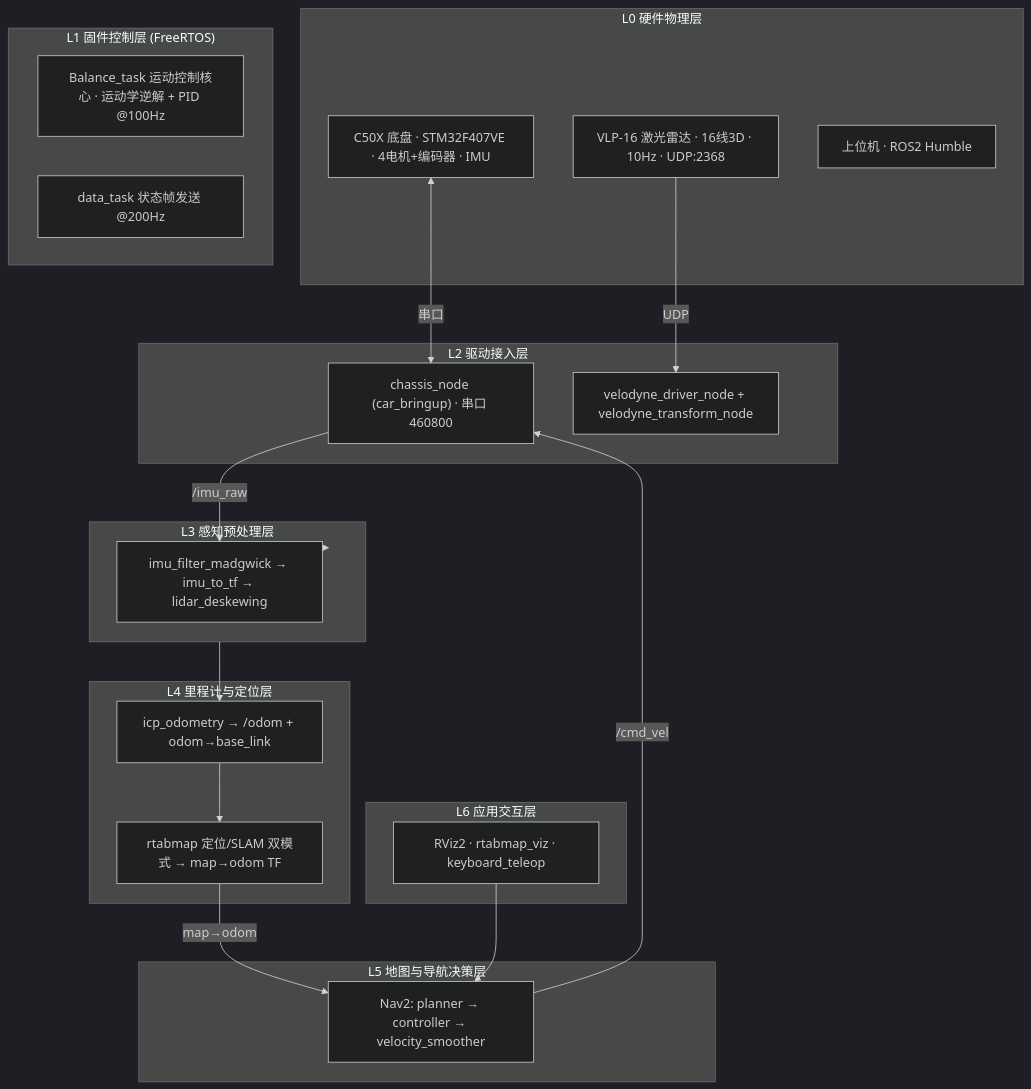
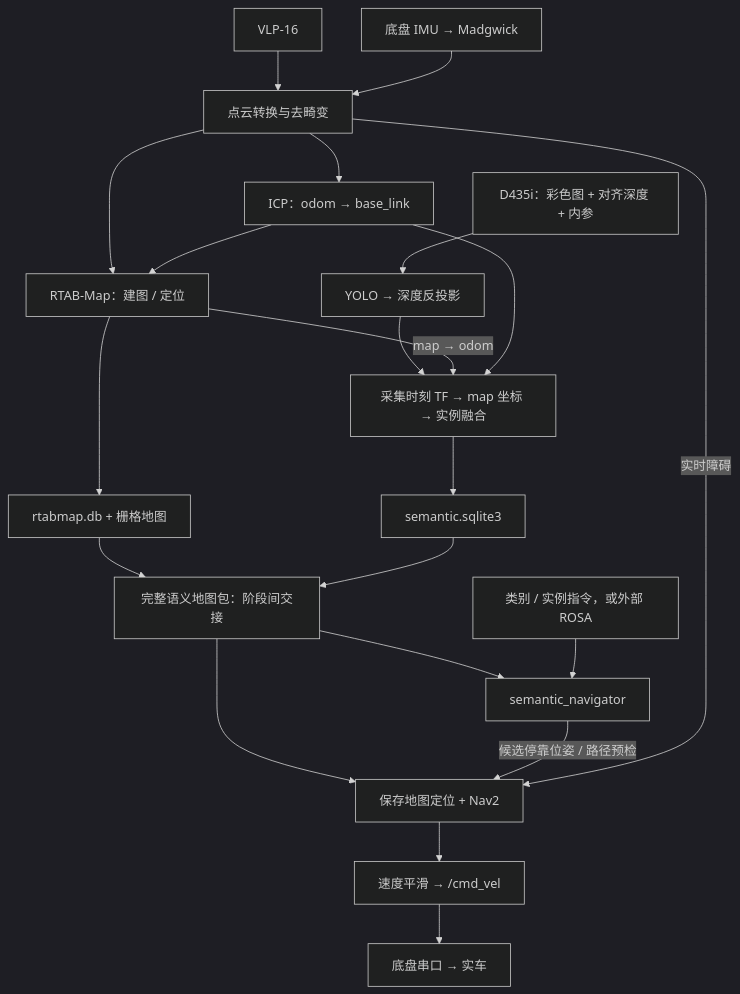
One commit to H-wq-ha/c50x-velodyne-nav changed the diagram in README.md. Above: the diagram before and after it, drawn with Mermaid (dark theme). The commit also changed other lines of this file and 13541 other files, not shown here.

````diff
--- a/README.md
+++ b/README.md
@@ -13,36 +33,23 @@
 ```mermaid
 flowchart TB
-    subgraph L0["L0 硬件物理层"]
-        VLP["VLP-16 激光雷达 · 16线3D · 10Hz · UDP:2368"]
-        CH["C50X 底盘 · STM32F407VE · 4电机+编码器 · IMU"]
-        PC["上位机 · ROS2 Humble"]
-    end
-    subgraph L1["L1 固件控制层 (FreeRTOS)"]
-        BAL["Balance_task 运动控制核心 · 运动学逆解 + PID @100Hz"]
-        DT["data_task 状态帧发送 @200Hz"]
-    end
-    subgraph L2["L2 驱动接入层"]
-        CN["chassis_node (car_bringup) · 串口 460800"]
-        VD["velodyne_driver_node + velodyne_transform_node"]
-    end
-    subgraph L3["L3 感知预处理层"]
-        MF["imu_filter_madgwick → imu_to_tf → lidar_deskewing"]
-    end
-    subgraph L4["L4 里程计与定位层"]
-        ICP["icp_odometry → /odom + odom→base_link"]
-        RT["rtabmap 定位/SLAM 双模式 → map→odom TF"]
-    end
-    subgraph L5["L5 地图与导航决策层"]
-        NAV["Nav2: planner → controller → velocity_smoother"]
-    end
-    subgraph L6["L6 应用交互层"]
-        UI["RViz2 · rtabmap_viz · keyboard_teleop"]
-    end
-    CH <-->|串口| CN
-    VLP -->|UDP| VD
-    CN -->|/imu_raw| MF
-    MF --> L3 --> ICP --> RT
-    RT -->|map→odom| NAV
-    NAV -->|/cmd_vel| CN
-    UI --> NAV
+    L["VLP-16"] --> P["点云转换与去畸变"]
+    I["底盘 IMU → Madgwick"] --> P
+    P --> O["ICP：odom → base_link"]
+    P --> R["RTAB-Map：建图 / 定位"]
+    O --> R
+    C["D435i：彩色图 + 对齐深度 + 内参"] --> Y["YOLO → 深度反投影"]
+    Y --> F["采集时刻 TF → map 坐标 → 实例融合"]
+    R -->|"map → odom"| F
+    O --> F
+    F --> S["semantic.sqlite3"]
+    R --> G["rtabmap.db + 栅格地图"]
+    G --> B["完整语义地图包：阶段间交接"]
+    S --> B
+    B --> N["保存地图定位 + Nav2"]
+    B --> T["semantic_navigator"]
+    U["类别 / 实例指令，或外部 ROSA"] --> T
+    T -->|"候选停靠位姿 / 路径预检"| N
+    P -->|"实时障碍"| N
+    N --> V["速度平滑 → /cmd_vel"]
+    V --> H["底盘串口 → 实车"]
 ```
````
